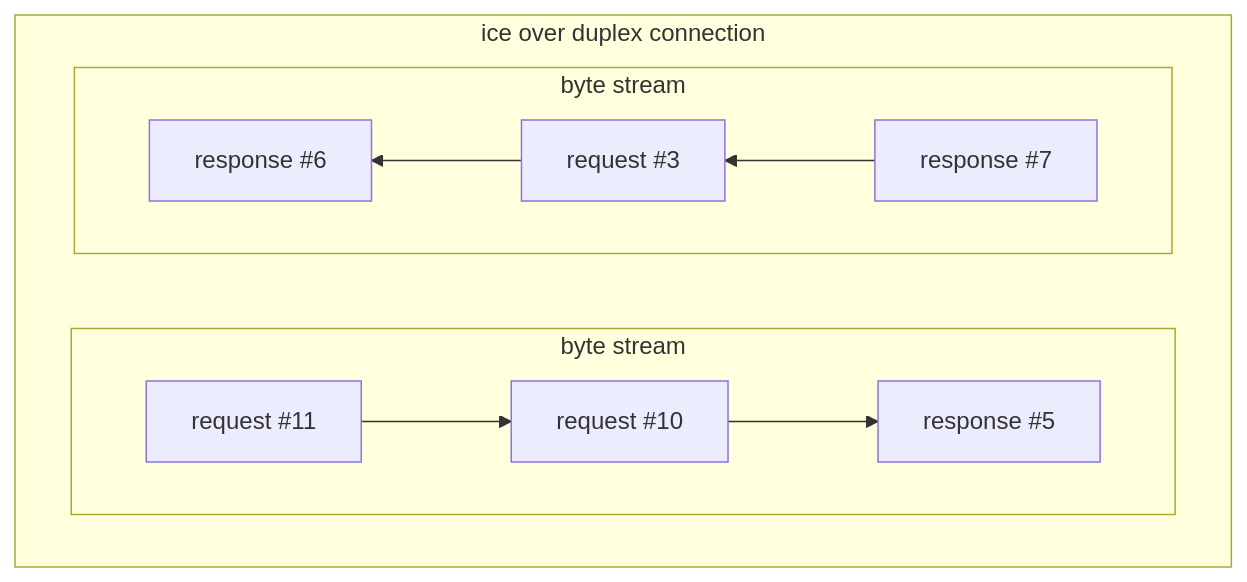
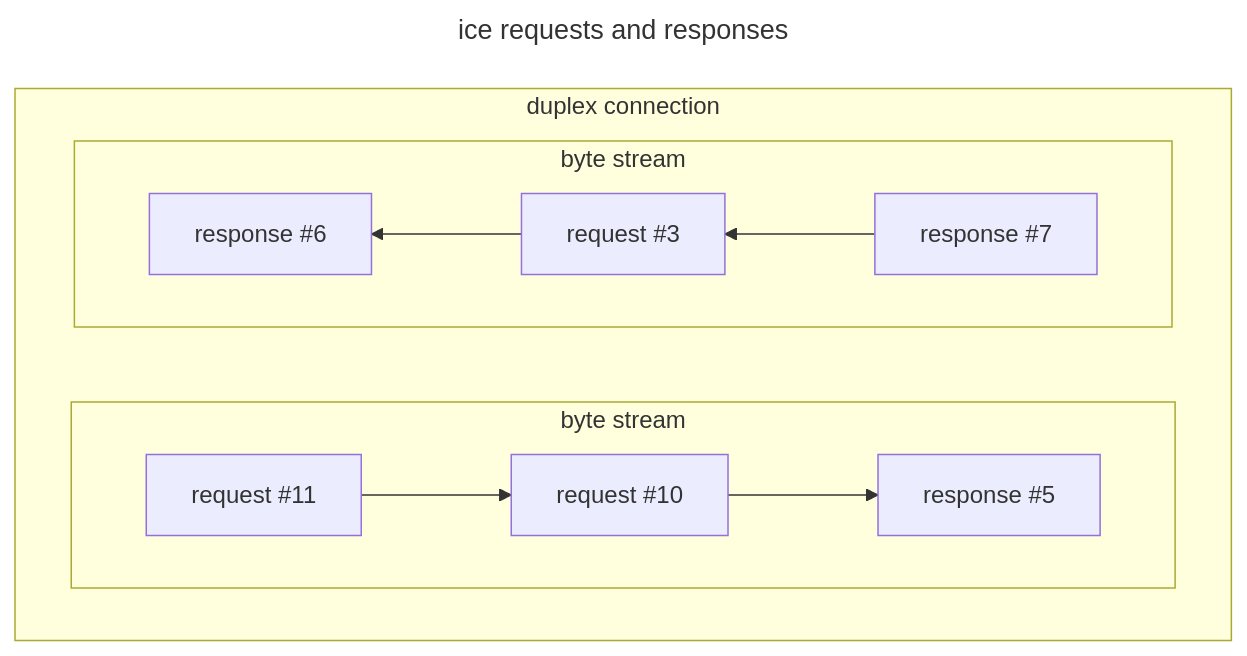
One commit to icerpc/icerpc-docs changed the second of 2 diagrams in pages/docs/icerpc-core/protocols-and-transports/ice-duplex-transports.md. Above: the diagram before and after it, drawn with Mermaid. The commit also changed other lines of this file and 6 other files, not shown here.

````diff
--- a/pages/docs/icerpc-core/protocols-and-transports/ice-duplex-transports.md
+++ b/pages/docs/icerpc-core/protocols-and-transports/ice-duplex-transports.md
@@ -32,14 +51,17 @@
 ```mermaid
+---
+title: ice requests and responses
+---
 flowchart LR
-    subgraph Duplex["ice over duplex connection"]
+    subgraph Duplex["duplex connection"]
     direction LR
         subgraph LR["byte stream"]
         direction LR
         rq1["request #11"] --> rq2["request #10"] --> rs1["response #5"]
         end
         subgraph RL["byte stream"]
         direction RL
         rs2["response #7"] --> rq3["request #3"] --> rs3["response #6"]
         end
     end
 ```
````
